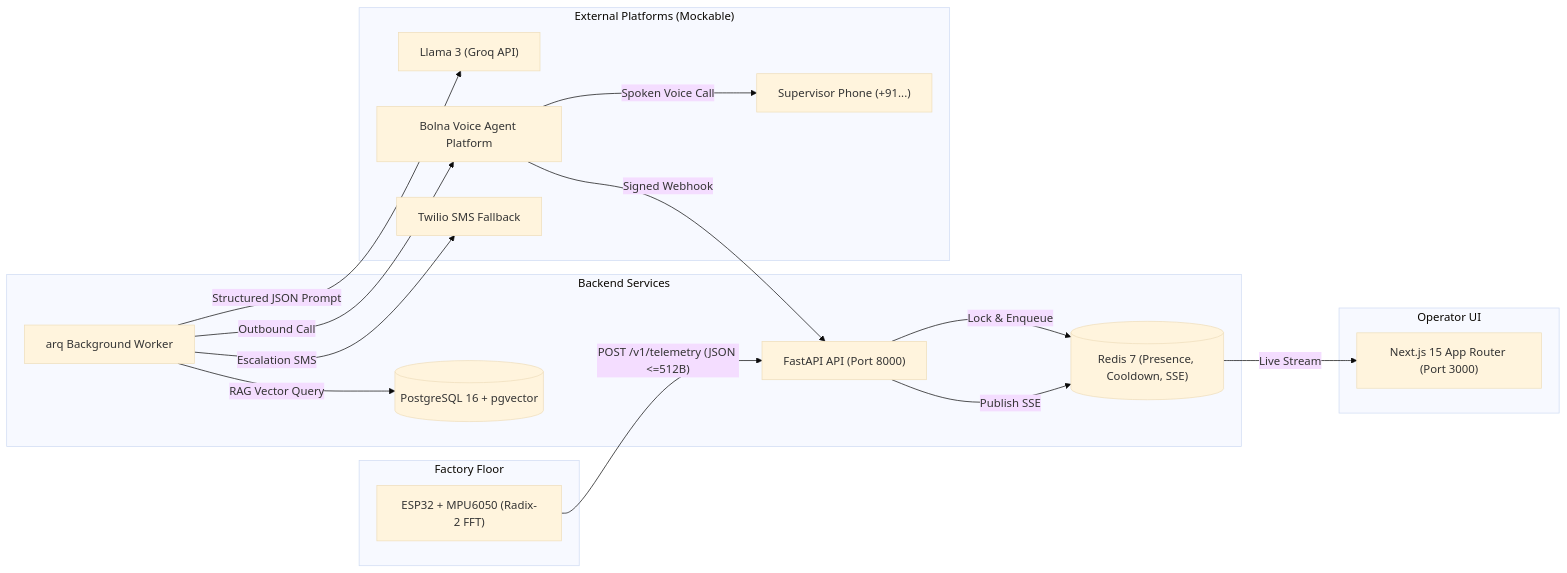
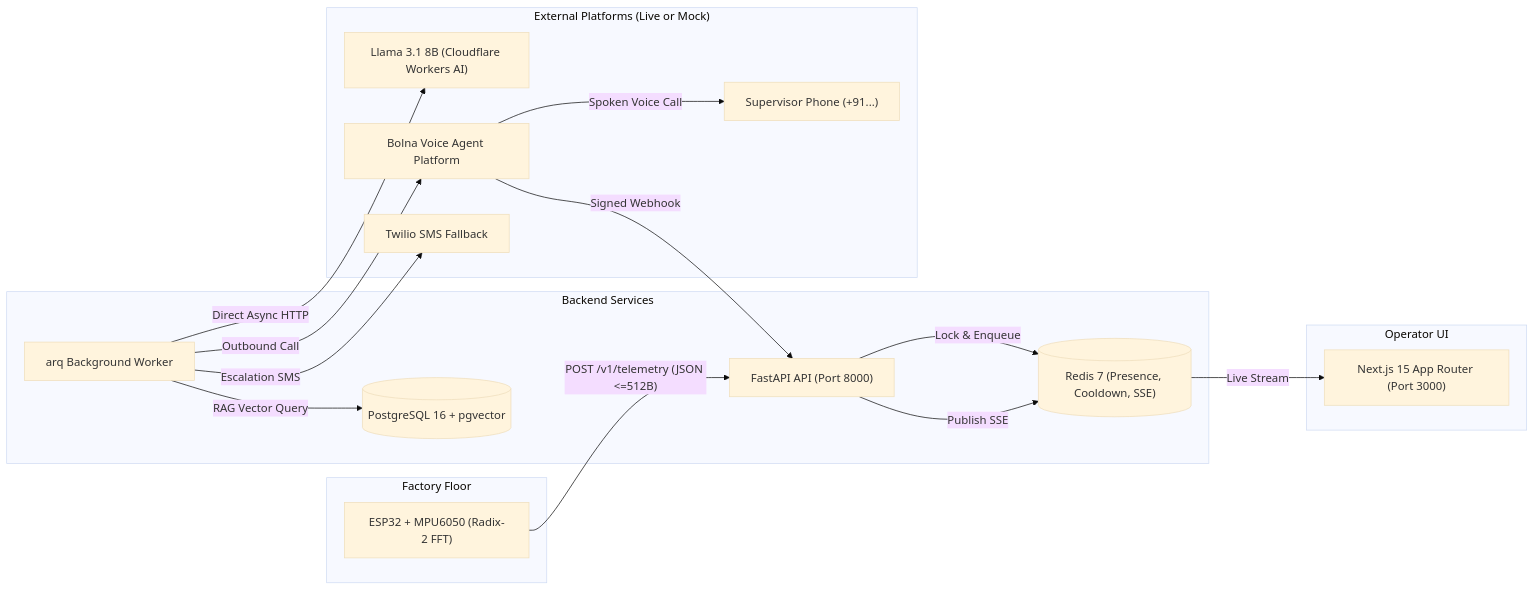
The diagram in README.md (harshal663/Kito--Machine-copilot), drawn with Mermaid (base theme) before and after one commit. The commit also changed other lines of this file and 1 other file, not shown here.

Commit message:
Update README with comprehensive Judge & Evaluator guide and clarify Cloudflare Workers AI integration

````diff
--- a/README.md
+++ b/README.md
@@ -9,32 +11,32 @@
 ```mermaid
 flowchart LR
   subgraph Edge ["Factory Floor"]
     ESP["ESP32 + MPU6050 (Radix-2 FFT)"]
   end
   subgraph Cloud ["Backend Services"]
     API["FastAPI API (Port 8000)"]
     W["arq Background Worker"]
     PG[("PostgreSQL 16 + pgvector")]
     RD[("Redis 7 (Presence, Cooldown, SSE)")]
   end
   subgraph Web ["Operator UI"]
     FE["Next.js 15 App Router (Port 3000)"]
   end
-  subgraph Integrations ["External Platforms (Mockable)"]
-    LLM["Llama 3 (Groq API)"]
+  subgraph Integrations ["External Platforms (Live or Mock)"]
+    LLM["Llama 3.1 8B (Cloudflare Workers AI)"]
     BOLNA["Bolna Voice Agent Platform"]
     PHONE["Supervisor Phone (+91...)"]
     NOTIF["Twilio SMS Fallback"]
   end
 
   ESP -- "POST /v1/telemetry (JSON <=512B)" --> API
   API -- "Lock & Enqueue" --> RD
   W -- "RAG Vector Query" --> PG
-  W -- "Structured JSON Prompt" --> LLM
+  W -- "Direct Async HTTP" --> LLM
   W -- "Outbound Call" --> BOLNA
   BOLNA -- "Spoken Voice Call" --> PHONE
   BOLNA -- "Signed Webhook" --> API
   API -- "Publish SSE" --> RD
   RD -- "Live Stream" --> FE
   W -- "Escalation SMS" --> NOTIF
 ```
````
